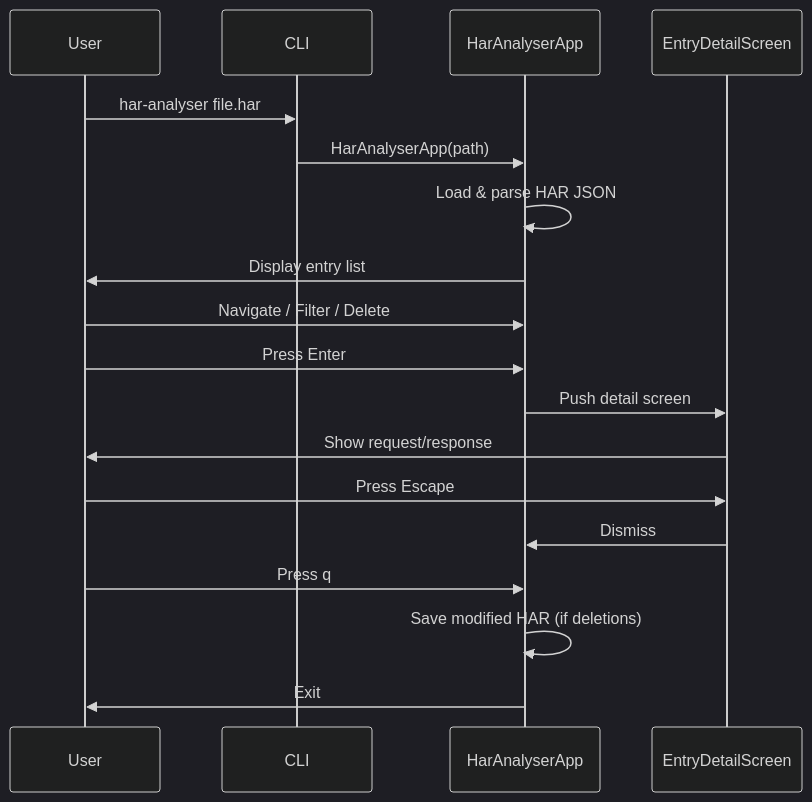
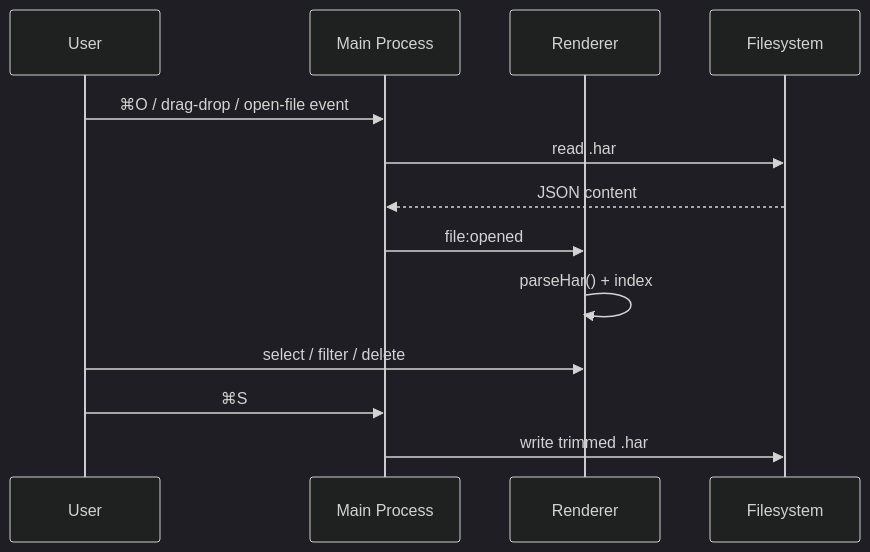
One commit to max-rousseau/har-analyser changed the second of 2 diagrams in README.md. Above: the diagram before and after it, drawn with Mermaid (dark theme). The commit also changed other lines of this file and 42 other files, not shown here.

Commit message:
feat: rewrite HAR Analyser as a native macOS Electron app

````diff
--- a/README.md
+++ b/README.md
@@ -39,21 +55,16 @@
 ```mermaid
 sequenceDiagram
     participant User
-    participant CLI
-    participant App as HarAnalyserApp
-    participant Detail as EntryDetailScreen
+    participant Main as Main Process
+    participant Renderer
+    participant FS as Filesystem
 
-    User->>CLI: har-analyser file.har
-    CLI->>App: HarAnalyserApp(path)
-    App->>App: Load & parse HAR JSON
-    App->>User: Display entry list
-    User->>App: Navigate / Filter / Delete
-    User->>App: Press Enter
-    App->>Detail: Push detail screen
-    Detail->>User: Show request/response
-    User->>Detail: Press Escape
-    Detail->>App: Dismiss
-    User->>App: Press q
-    App->>App: Save modified HAR (if deletions)
-    App->>User: Exit
+    User->>Main: ⌘O / drag-drop / open-file event
+    Main->>FS: read .har
+    FS-->>Main: JSON content
+    Main->>Renderer: file:opened
+    Renderer->>Renderer: parseHar() + index
+    User->>Renderer: select / filter / delete
+    User->>Main: ⌘S
+    Main->>FS: write trimmed .har
 ```
````
